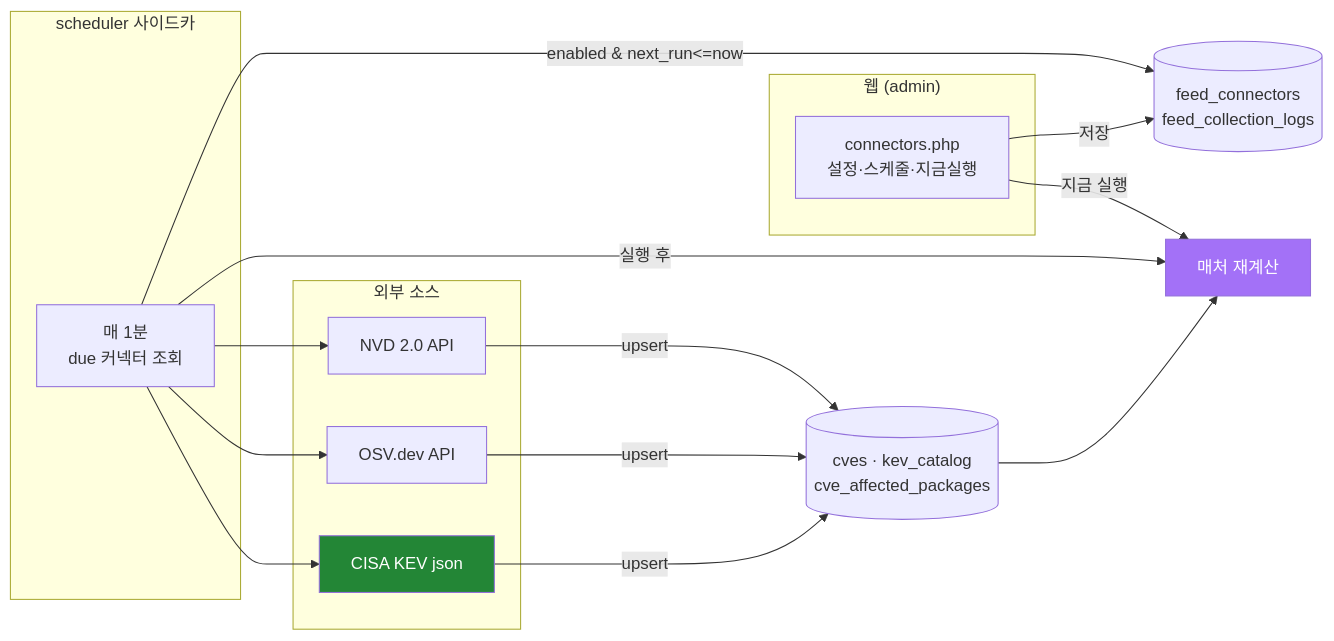
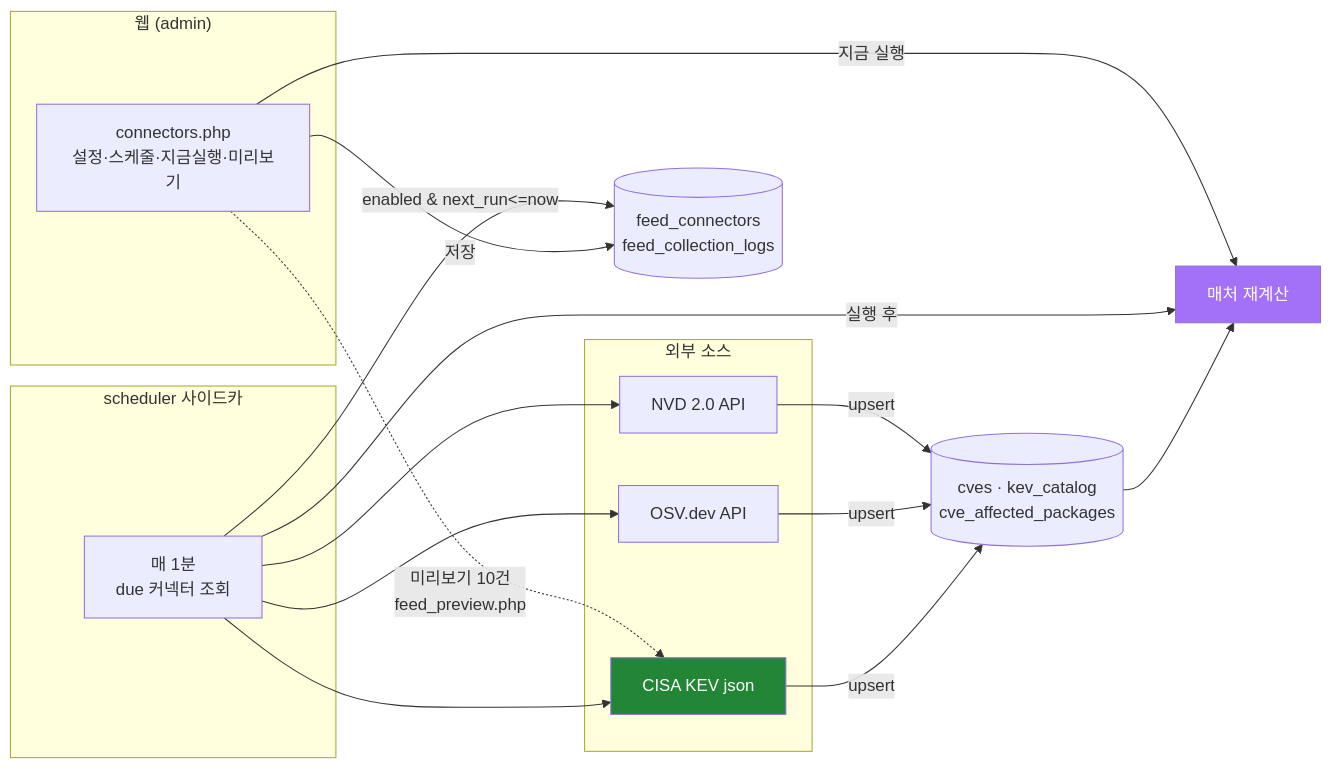
The third of 6 diagrams in docs/architecture.md (JeongDoWook/vuln-agent), drawn with Mermaid before and after one commit. The commit also changed other lines of this file and 4 other files, not shown here.

First line of the commit message:
feat: 커넥터 API 미리보기 + NVD 페이지네이션 수정 + 개발원칙/다이어그램

````diff
--- a/docs/architecture.md
+++ b/docs/architecture.md
@@ -77,28 +77,29 @@
 ```mermaid
 flowchart LR
     subgraph UI["웹 (admin)"]
-        CFG["connectors.php<br/>설정·스케줄·지금실행"]
+        CFG["connectors.php<br/>설정·스케줄·지금실행·미리보기"]
     end
     subgraph Sched["scheduler 사이드카"]
         TICK["매 1분<br/>due 커넥터 조회"]
     end
     subgraph Sources["외부 소스"]
         KEV["CISA KEV json"]
         OSV["OSV.dev API"]
         NVD["NVD 2.0 API"]
     end
     DBc[("feed_connectors<br/>feed_collection_logs")]
     CVE[("cves · kev_catalog<br/>cve_affected_packages")]
     MAT["매처 재계산"]
 
     CFG -->|저장| DBc
     TICK -->|enabled & next_run<=now| DBc
     TICK --> KEV & OSV & NVD
     KEV & OSV & NVD -->|upsert| CVE
     CVE --> MAT
     TICK -->|실행 후| MAT
     CFG -->|지금 실행| MAT
+    CFG -.->|미리보기 10건<br/>feed_preview.php| KEV
 
     style KEV fill:#238636,color:#fff
     style MAT fill:#a371f7,color:#fff
 ```
````
